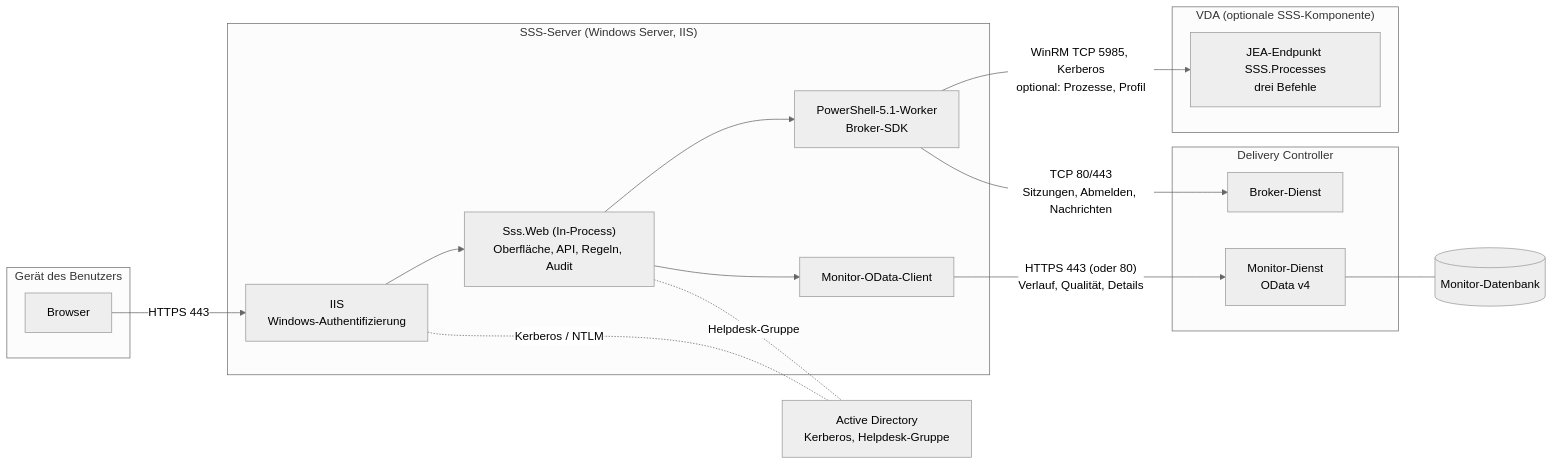
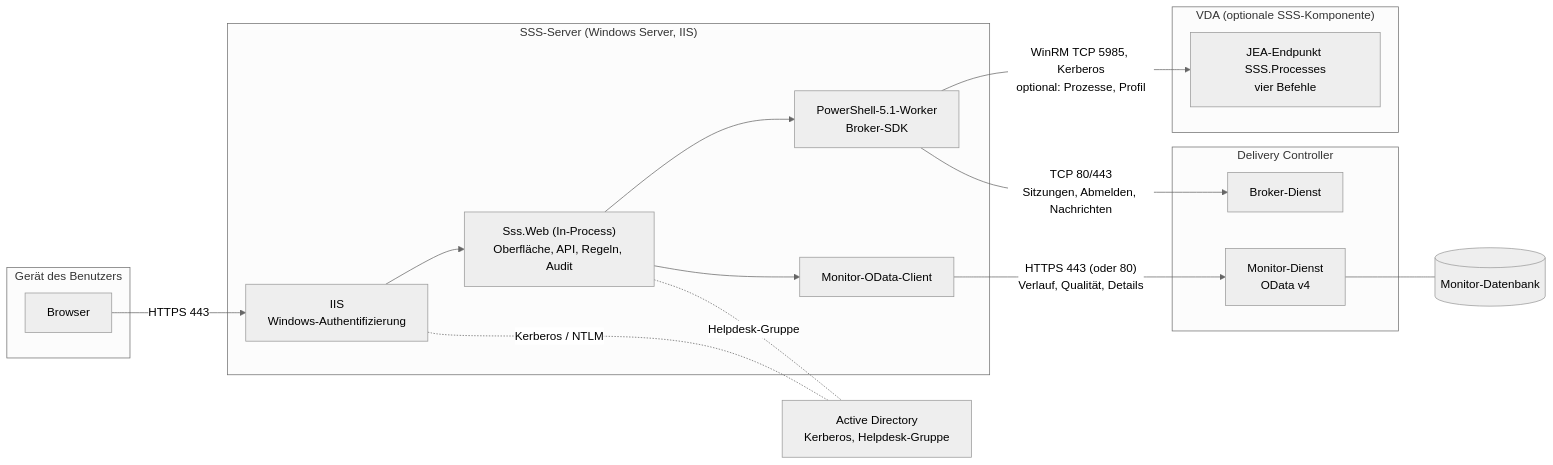
One commit to ITCMA/SSS changed the first of 3 diagrams in docs/ARCHITECTURE.de.md. Above: the diagram before and after it, drawn with Mermaid (neutral theme). The commit also changed 51 other files, not shown here.

First line of the commit message:
Environment tab with charts, Director-like expert view data, JEA policies (0.4.2)

````diff
--- a/docs/ARCHITECTURE.de.md
+++ b/docs/ARCHITECTURE.de.md
@@ -9,31 +9,31 @@
 ```mermaid
 flowchart LR
   subgraph CL["Gerät des Benutzers"]
     B["Browser"]
   end
   subgraph SSS["SSS-Server (Windows Server, IIS)"]
     IIS["IIS<br/>Windows-Authentifizierung"]
     APP["Sss.Web (In-Process)<br/>Oberfläche, API, Regeln, Audit"]
     BW["PowerShell-5.1-Worker<br/>Broker-SDK"]
     MC["Monitor-OData-Client"]
   end
   subgraph DDC["Delivery Controller"]
     BRK["Broker-Dienst"]
     MON["Monitor-Dienst<br/>OData v4"]
   end
   DB[("Monitor-Datenbank")]
   subgraph VDA["VDA (optionale SSS-Komponente)"]
-    JEA["JEA-Endpunkt SSS.Processes<br/>drei Befehle"]
+    JEA["JEA-Endpunkt SSS.Processes<br/>vier Befehle"]
   end
   AD["Active Directory<br/>Kerberos, Helpdesk-Gruppe"]
 
   B -- "HTTPS 443" --> IIS --> APP
   APP --> BW
   APP --> MC
   BW -- "TCP 80/443<br/>Sitzungen, Abmelden, Nachrichten" --> BRK
   MC -- "HTTPS 443 (oder 80)<br/>Verlauf, Qualität, Details" --> MON
   MON --- DB
   BW -- "WinRM TCP 5985, Kerberos<br/>optional: Prozesse, Profil" --> JEA
   IIS -. "Kerberos / NTLM" .- AD
   APP -. "Helpdesk-Gruppe" .- AD
 ```
````
